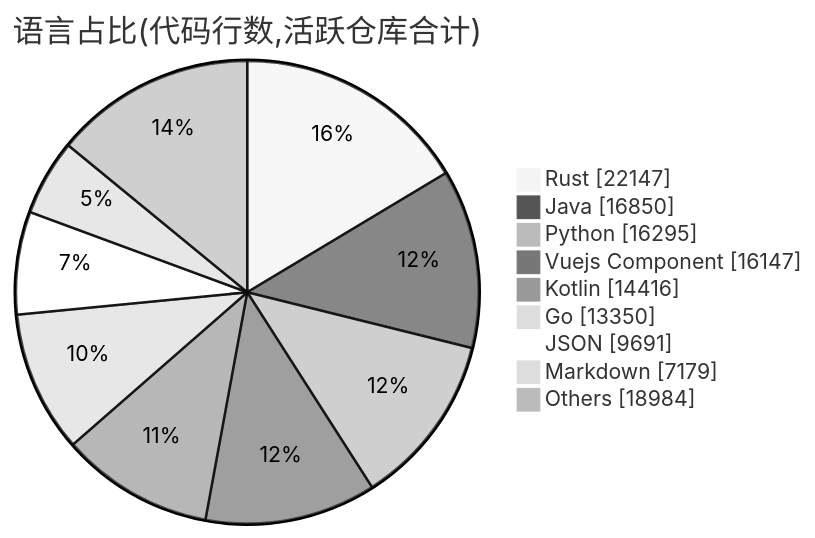
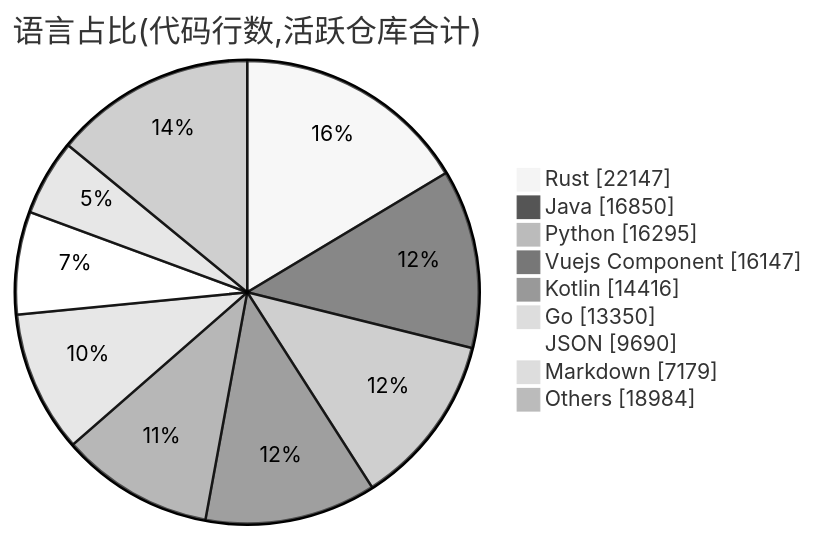
The second of 2 diagrams in profile/README.md (Conflux-Union/.github), drawn with Mermaid (neutral theme) before and after one commit. The commit also changed other lines of this file and 1 other file, not shown here.

````diff
--- a/profile/README.md
+++ b/profile/README.md
@@ -78,13 +78,13 @@
 ```mermaid
 pie showData
     title 语言占比(代码行数,活跃仓库合计)
     "Rust" : 22147
     "Java" : 16850
     "Python" : 16295
     "Vuejs Component" : 16147
     "Kotlin" : 14416
     "Go" : 13350
-    "JSON" : 9691
+    "JSON" : 9690
     "Markdown" : 7179
     "Others" : 18984
 ```
````
